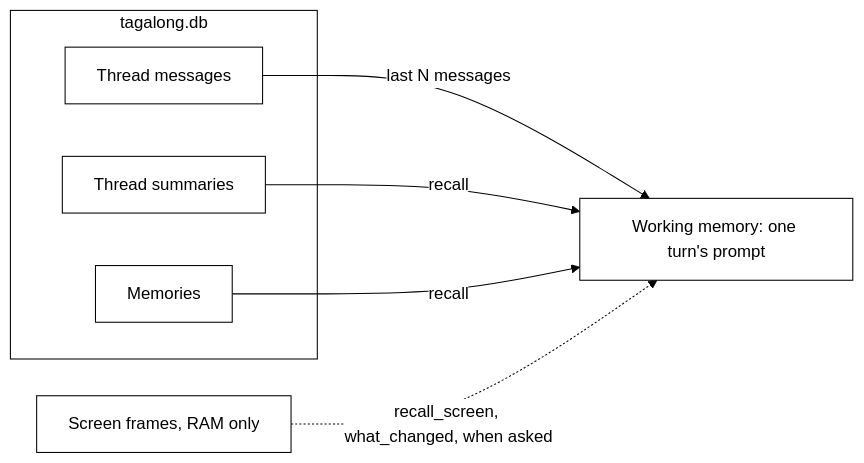
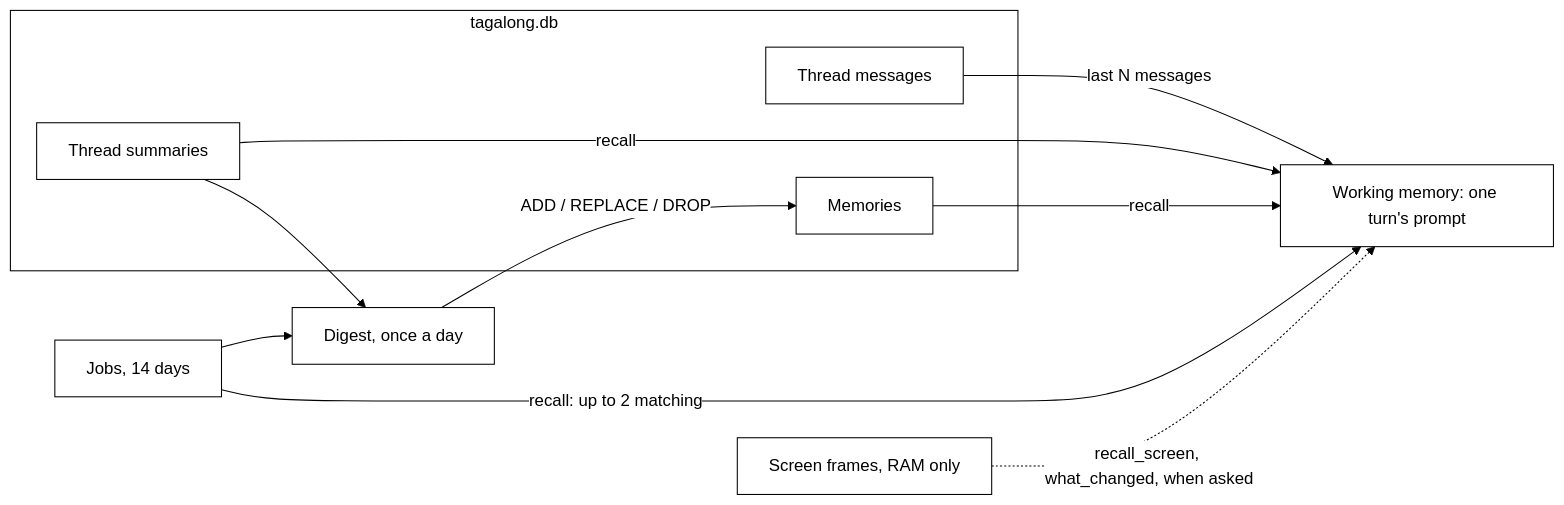
The diagram in docs/concepts/memory.md (nadeem4/tagalong), drawn with Mermaid before and after one commit. The commit also changed other lines of this file and 10 other files, not shown here.

Commit message:
docs: the memory layers with numbers, the daily digest, one recall path and retention

````diff
--- a/docs/concepts/memory.md
+++ b/docs/concepts/memory.md
@@ -25,15 +31,21 @@
 ```mermaid
 %%{init: {"theme": "base", "themeVariables": {"primaryColor": "#ffffff", "primaryTextColor": "#000000", "primaryBorderColor": "#000000", "lineColor": "#000000", "secondaryColor": "#ffffff", "tertiaryColor": "#ffffff", "background": "#ffffff", "clusterBkg": "#ffffff", "clusterBorder": "#000000"}}}%%
 flowchart LR
   subgraph Stored["tagalong.db"]
     T["Thread messages"]
     S["Thread summaries"]
     P["Memories"]
   end
   R["Screen frames, RAM only"]
   W["Working memory: one turn's prompt"]
+  J["Jobs, 14 days"]
+  D["Digest, once a day"]
   T -- "last N messages" --> W
   S -- "recall" --> W
   P -- "recall" --> W
+  J -- "recall: up to 2 matching" --> W
+  J --> D
+  S --> D
+  D -- "ADD / REPLACE / DROP" --> P
   R -. "recall_screen, what_changed, when asked" .-> W
 ```
````
